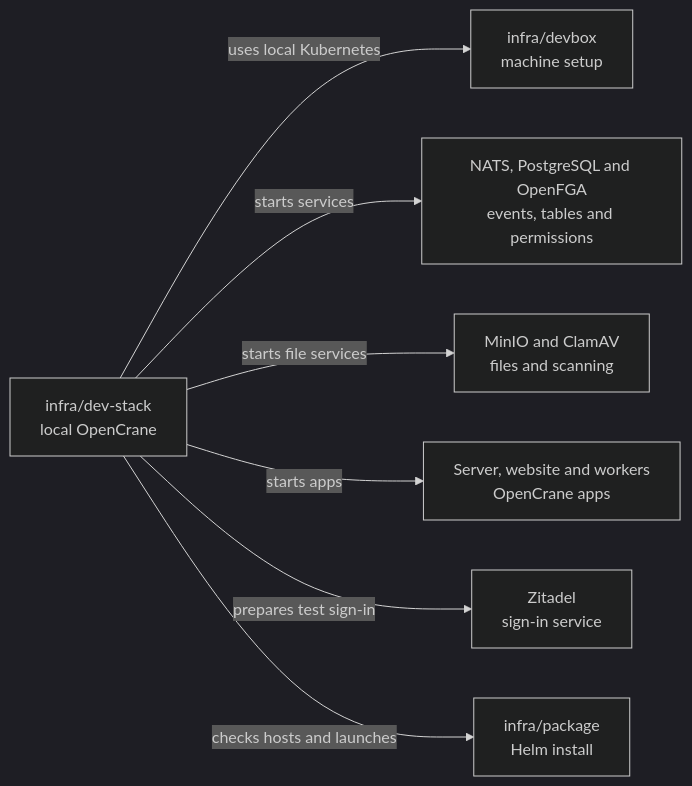
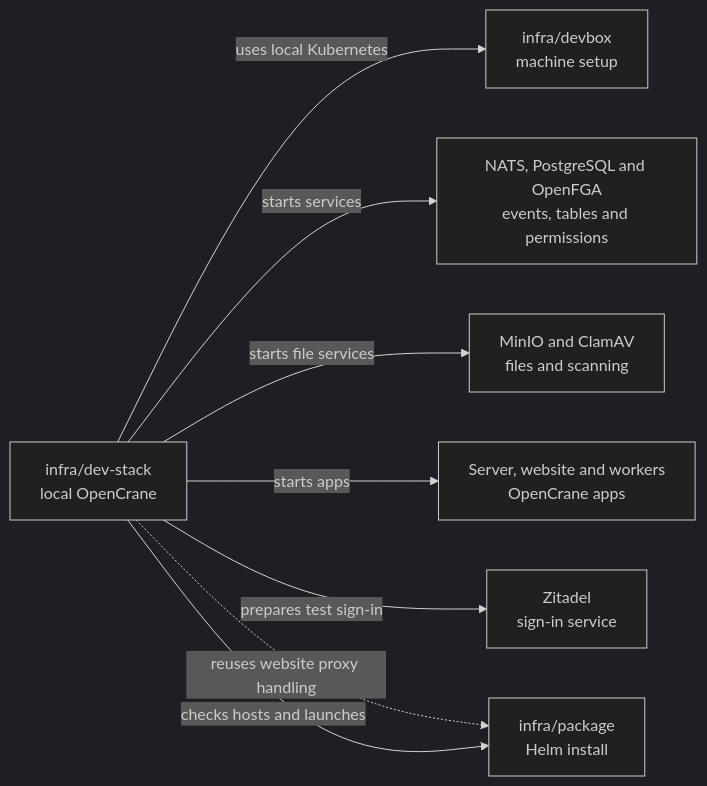
Before and after one commit to elewa-git/opencrane-new: the diagram in infra/dev-stack/README.md, drawn with Mermaid (dark theme). The commit also changed 47 other files, not shown here.

````diff
--- a/infra/dev-stack/README.md
+++ b/infra/dev-stack/README.md
@@ -17,9 +17,10 @@
 ```mermaid
 flowchart LR
   stack["infra/dev-stack<br/>local OpenCrane"] -->|uses local Kubernetes| devbox["infra/devbox<br/>machine setup"]
   stack -->|starts services| services["NATS, PostgreSQL and OpenFGA<br/>events, tables and permissions"]
   stack -->|starts file services| files["MinIO and ClamAV<br/>files and scanning"]
   stack -->|starts apps| apps["Server, website and workers<br/>OpenCrane apps"]
   stack -->|prepares test sign-in| zitadel["Zitadel<br/>sign-in service"]
+  stack -.->|reuses website proxy handling| package
   stack -->|checks hosts and launches| package["infra/package<br/>Helm install"]
 ```
````
